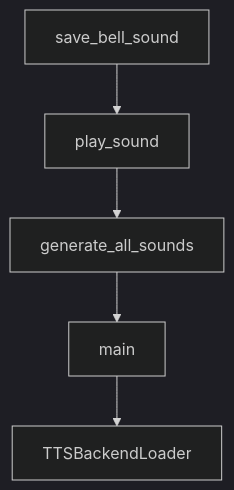
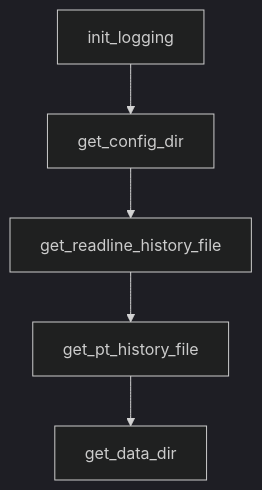
One commit to johnxie/awesome-code-docs changed the diagram in tutorials/gptme-tutorial/07-automation-server-mode-and-agent-templates.md. Above: the diagram before and after it, drawn with Mermaid (dark theme). The commit also changed other lines of this file and 1232 other files, not shown here.

````diff
--- a/tutorials/gptme-tutorial/07-automation-server-mode-and-agent-templates.md
+++ b/tutorials/gptme-tutorial/07-automation-server-mode-and-agent-templates.md
@@ -207,12 +205,12 @@
 ```mermaid
 flowchart TD
-    A[save_bell_sound]
-    B[play_sound]
-    C[generate_all_sounds]
-    D[main]
-    E[TTSBackendLoader]
+    A[init_logging]
+    B[get_config_dir]
+    C[get_readline_history_file]
+    D[get_pt_history_file]
+    E[get_data_dir]
     A --> B
     B --> C
     C --> D
     D --> E
 ```
````
